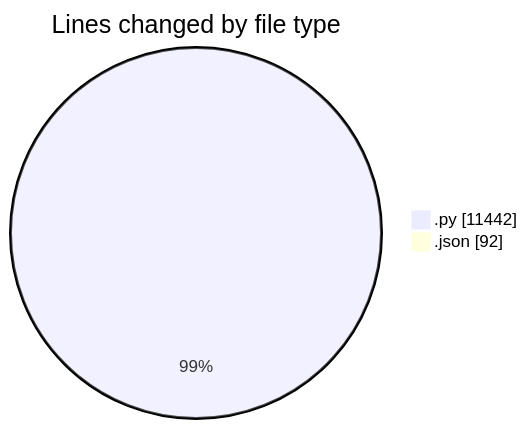
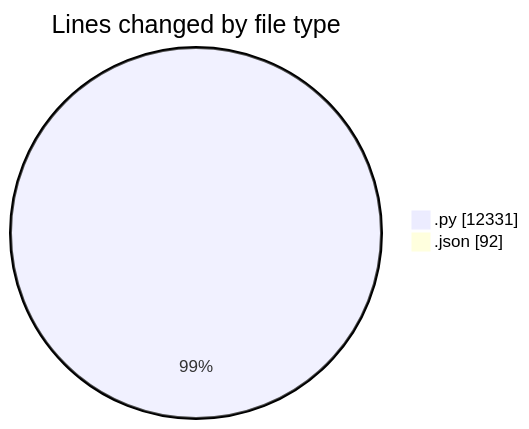
The first of 2 diagrams in 2025-07-13/telebot/README.md (jrari/code-tracking), drawn with Mermaid before and after one commit. The commit also changed other lines of this file and 1 other file, not shown here.

````diff
--- a/2025-07-13/telebot/README.md
+++ b/2025-07-13/telebot/README.md
@@ -40,6 +40,6 @@
 ```mermaid
 pie showData
 title Lines changed by file type
-".py" : 11442
+".py" : 12331
 ".json" : 92
 ```
````
